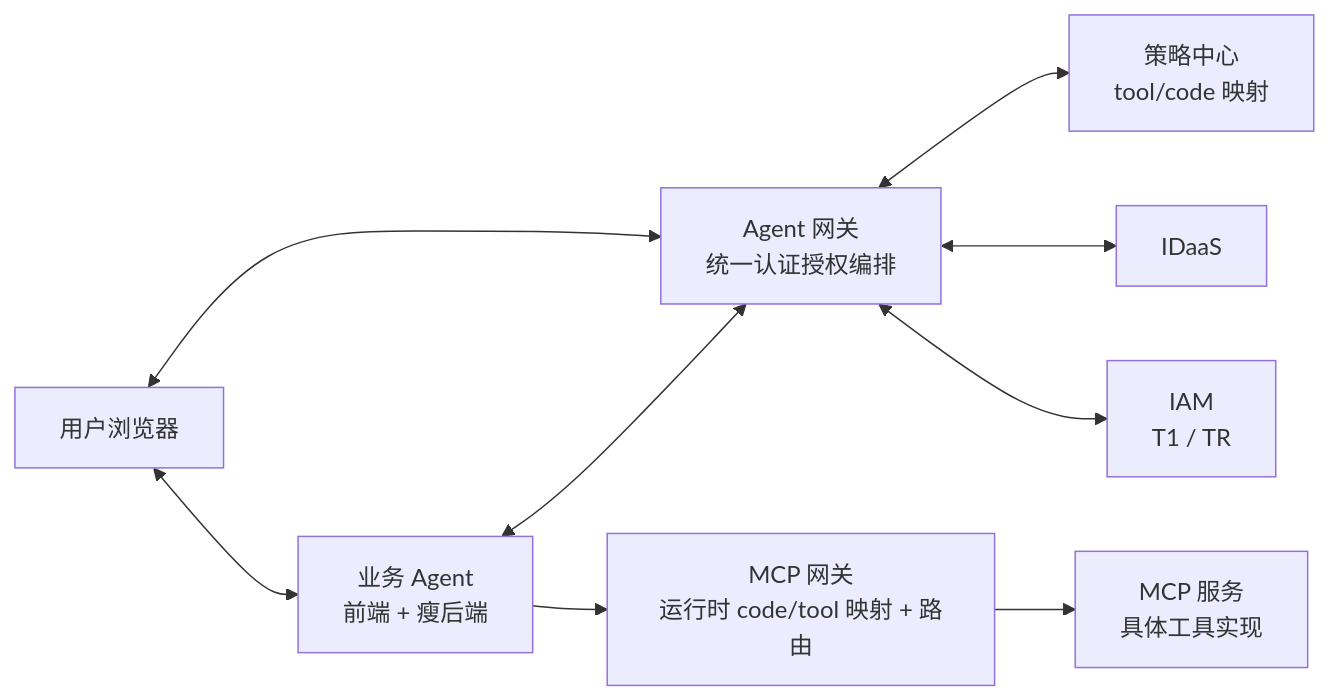
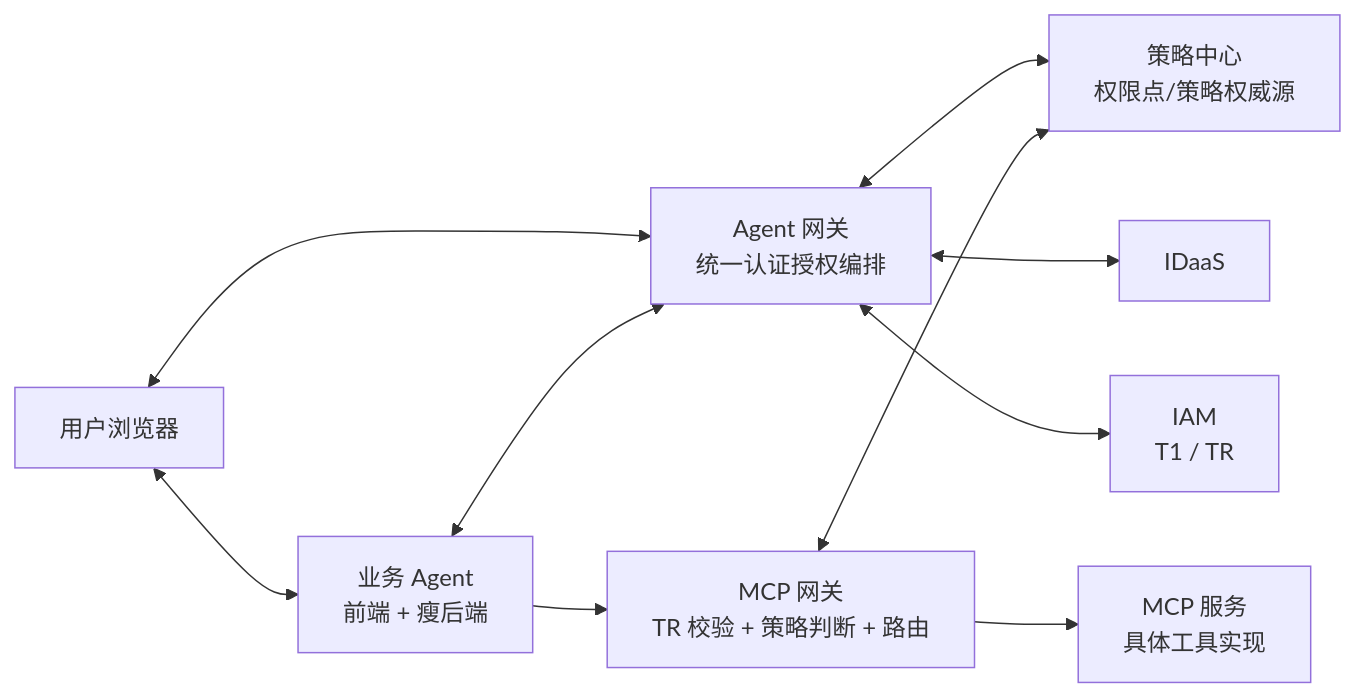
One commit to xuning117634-ux/auth-design-spec changed the first of 3 diagrams in docs/final_design/02_引入Agent网关版方案.md. Above: the diagram before and after it, drawn with Mermaid. The commit also changed other lines of this file and 8 other files, not shown here.

````diff
--- a/docs/final_design/02_引入Agent网关版方案.md
+++ b/docs/final_design/02_引入Agent网关版方案.md
@@ -49,20 +48,21 @@
 ```mermaid
 flowchart LR
     U["用户浏览器"]
     A["业务 Agent<br/>前端 + 瘦后端"]
     GW["Agent 网关<br/>统一认证授权编排"]
-    PC["策略中心<br/>tool/code 映射"]
+    PC["策略中心<br/>权限点/策略权威源"]
     I["IDaaS"]
     IAM["IAM<br/>T1 / TR"]
-R["MCP 网关<br/>运行时 code/tool 映射 + 路由"]
+    R["MCP 网关<br/>TR 校验 + 策略判断 + 路由"]
     S["MCP 服务<br/>具体工具实现"]
 
     U <--> A
     U <--> GW
     A <--> GW
     GW <--> PC
     GW <--> I
     GW <--> IAM
     A --> R
+    R <--> PC
     R --> S
 ```
````
